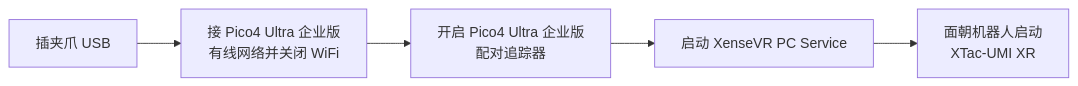
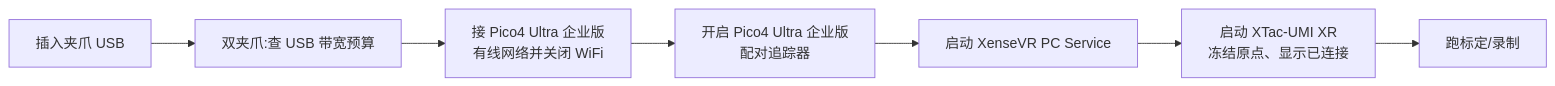
Before and after one commit to XenseRobotics-AI/XTac-UMI-G1-Docs: the diagram in docs/quickstart.md, drawn with Mermaid. The commit also changed other lines of this file and 128 other files, not shown here.

````diff
--- a/docs/quickstart.md
+++ b/docs/quickstart.md
@@ -26,4 +37,9 @@
 ```mermaid
 flowchart LR
-    A[插夹爪 USB] --> N[接 Pico4 Ultra 企业版<br/>有线网络并关闭 WiFi] --> B[开启 Pico4 Ultra 企业版<br/>配对追踪器] --> D[启动 XenseVR PC Service] --> C[面朝机器人启动<br/>XTac-UMI XR]
+    A[插入夹爪 USB] --> U[双夹爪:查 USB 带宽预算]
+    U --> N[接 Pico4 Ultra 企业版<br/>有线网络并关闭 WiFi]
+    N --> B[开启 Pico4 Ultra 企业版<br/>配对追踪器]
+    B --> D[启动 XenseVR PC Service]
+    D --> C[启动 XTac-UMI XR<br/>冻结原点、显示已连接]
+    C --> E[跑标定/录制]
 ```
````
